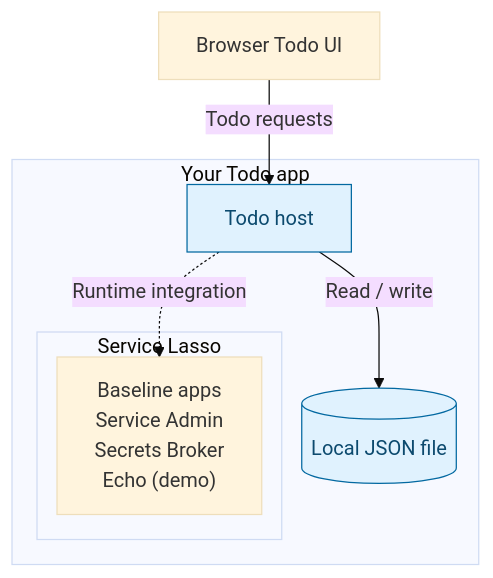
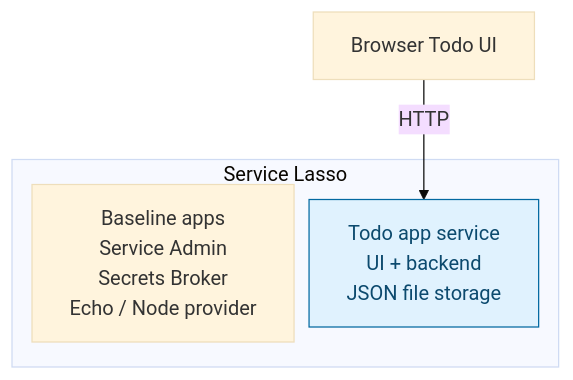
Before and after one commit to service-lasso/service-lasso: the diagram in docs/getting-started/beginner-todo-app.md, drawn with Mermaid (base theme). The commit also changed other lines of this file and 23 other files, not shown here.

First line of the commit message:
docs: teach adding real Todo, PostgreSQL and Go API services (#1659)

````diff
--- a/docs/getting-started/beginner-todo-app.md
+++ b/docs/getting-started/beginner-todo-app.md
@@ -18,19 +20,14 @@
 ```mermaid
 %%{init: {"flowchart": {"nodeSpacing": 12, "rankSpacing": 40}}}%%
 flowchart TB
-  accTitle: Stage 1: Todo application and managed services
-  accDescr: The Todo application owns its host and storage. Service Lasso manages Service Admin, Secrets Broker and Echo, with PostgreSQL added in stage 2 and a Go Todo API added in stage 3. Local JSON and database files are storage, not services.
+  accTitle: Stage 1: Add a managed Todo app
+  accDescr: Service Lasso manages the Todo app from stage one alongside baseline apps. Stage two adds PostgreSQL. Stage three adds a Go API between the Todo service and database. JSON storage belongs to the Todo service and is not a separate service.
   browser["Browser Todo UI"]
-  subgraph app["Your Todo app"]
-    host["Todo host"]
-    file[("Local JSON file")]
-    subgraph lasso["Service Lasso"]
-      baseline["Baseline apps<br/>Service Admin<br/>Secrets Broker<br/>Echo (demo)"]
-    end
+  subgraph lasso["Service Lasso"]
+    baseline["Baseline apps<br/>Service Admin<br/>Secrets Broker<br/>Echo / Node provider"]
+    todo["Todo app service<br/>UI + backend<br/>JSON file storage"]
   end
-  browser -->|Todo requests| host
-  host -->|Read / write| file
-  host -. Runtime integration .-> baseline
+  browser -->|HTTP| todo
   classDef added fill:#e0f2fe,stroke:#0369a1,color:#0c4a6e
-  class host,file added
+  class todo added
 ```
````
